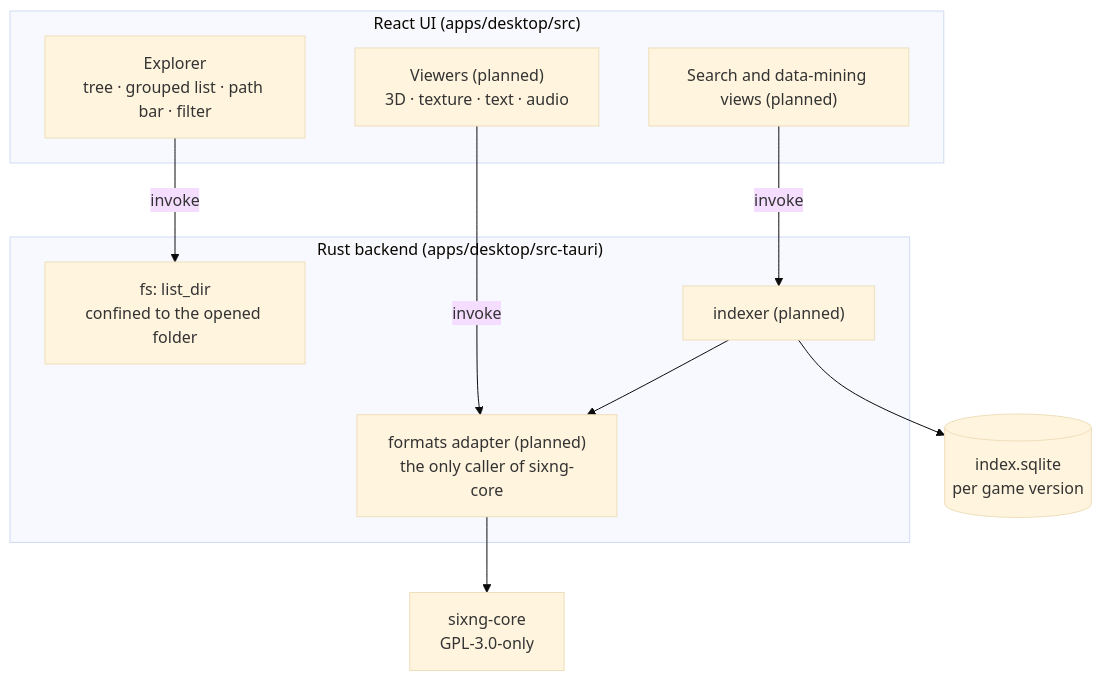
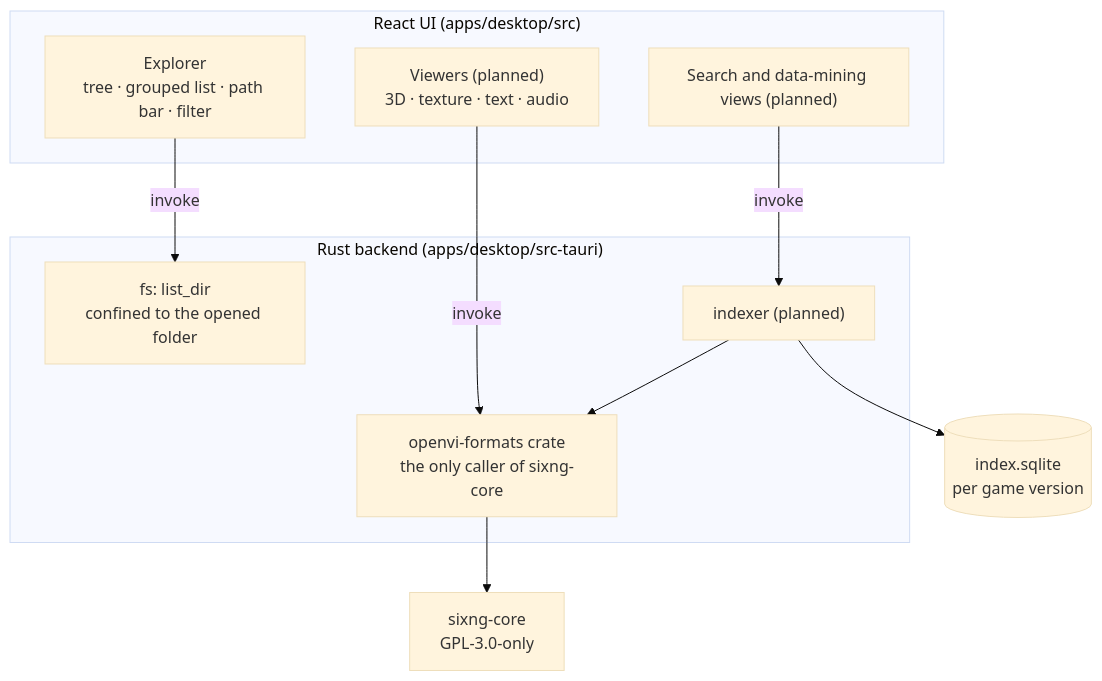
Before and after one commit to TheoBIET/OpenVI: the diagram in docs/ARCHITECTURE.md, drawn with Mermaid (base theme). The commit also changed other lines of this file and 2 other files, not shown here.

Commit message:
📝 record the adapter and windows setup in the docs

````diff
--- a/docs/ARCHITECTURE.md
+++ b/docs/ARCHITECTURE.md
@@ -6,22 +6,22 @@
 ```mermaid
 flowchart TB
   subgraph ui["React UI (apps/desktop/src)"]
     explorer["Explorer<br/>tree · grouped list · path bar · filter"]
     viewers["Viewers (planned)<br/>3D · texture · text · audio"]
     search["Search and data-mining views (planned)"]
   end
   subgraph backend["Rust backend (apps/desktop/src-tauri)"]
     fs["fs: list_dir<br/>confined to the opened folder"]
-    adapter["formats adapter (planned)<br/>the only caller of sixng-core"]
+    adapter["openvi-formats crate<br/>the only caller of sixng-core"]
     indexer["indexer (planned)"]
   end
   sixng["sixng-core<br/>GPL-3.0-only"]
   db[("index.sqlite<br/>per game version")]
 
   explorer -- invoke --> fs
   viewers -- invoke --> adapter
   search -- invoke --> indexer
   adapter --> sixng
   indexer --> adapter
   indexer --> db
 ```
````
